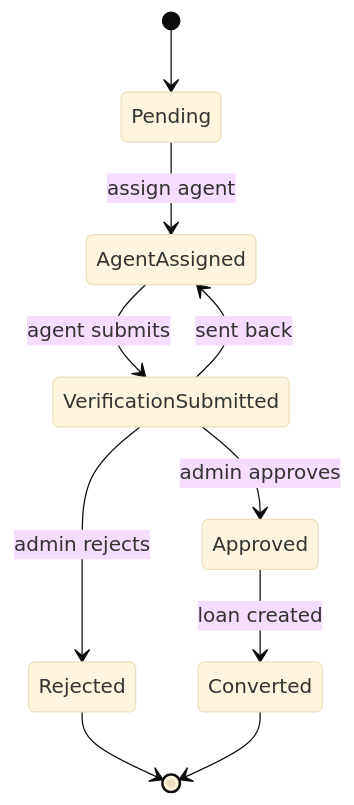
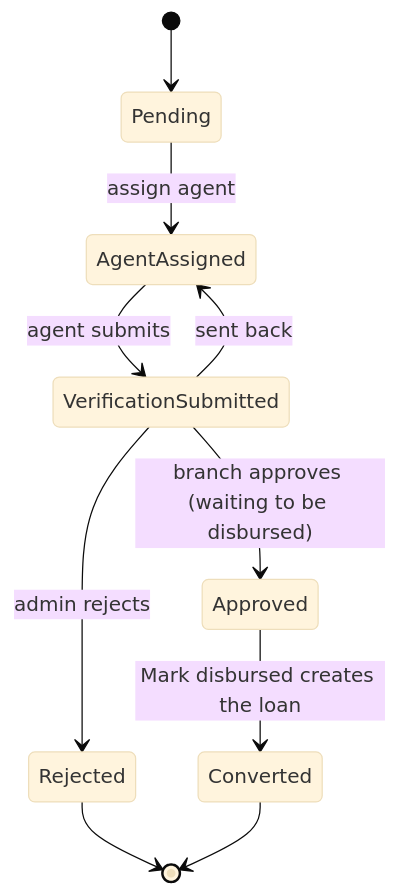
The first of 4 diagrams in docs/06 Database/Enums and Status Values.md (tonj0e/NGF), drawn with Mermaid (base theme) before and after one commit. The commit also changed 11 other files, not shown here.

````diff
--- a/docs/06 Database/Enums and Status Values.md
+++ b/docs/06 Database/Enums and Status Values.md
@@ -34,12 +34,12 @@
 ```mermaid
 stateDiagram-v2
   [*] --> Pending
   Pending --> AgentAssigned: assign agent
   AgentAssigned --> VerificationSubmitted: agent submits
-  VerificationSubmitted --> Approved: admin approves
+  VerificationSubmitted --> Approved: branch approves (waiting to be disbursed)
   VerificationSubmitted --> Rejected: admin rejects
   VerificationSubmitted --> AgentAssigned: sent back
-  Approved --> Converted: loan created
+  Approved --> Converted: Mark disbursed creates the loan
   Rejected --> [*]
   Converted --> [*]
 ```
````
